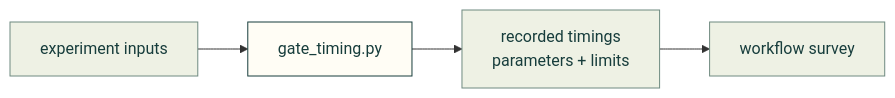
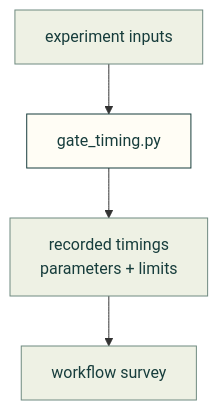
The diagram in docs/research/bench/README.md (Valpatel/cad-agent), drawn with Mermaid before and after one commit. The commit also changed other lines of this file and 26 other files, not shown here.

Commit message:
docs(repo): make published folder diagrams readable across screen sizes

````diff
--- a/docs/research/bench/README.md
+++ b/docs/research/bench/README.md
@@ -5,10 +7,14 @@
 ```mermaid
-flowchart LR
-    I["experiment inputs"] --> B["gate_timing.py"]
-    B --> M["recorded timings<br/>parameters + limits"]
-    M --> S["workflow survey"]
+flowchart TD
+    I["experiment inputs"]
+    B["gate_timing.py"]
+    M["recorded timings<br/>parameters + limits"]
+    S["workflow survey"]
+    I --> B
+    B --> M
+    M --> S
     classDef here fill:#fffdf5,stroke:#173d3c,color:#173d3c
     classDef near fill:#eef1e4,stroke:#6f8a80,color:#173d3c
     class B here
     class I,M,S near
 ```
````
